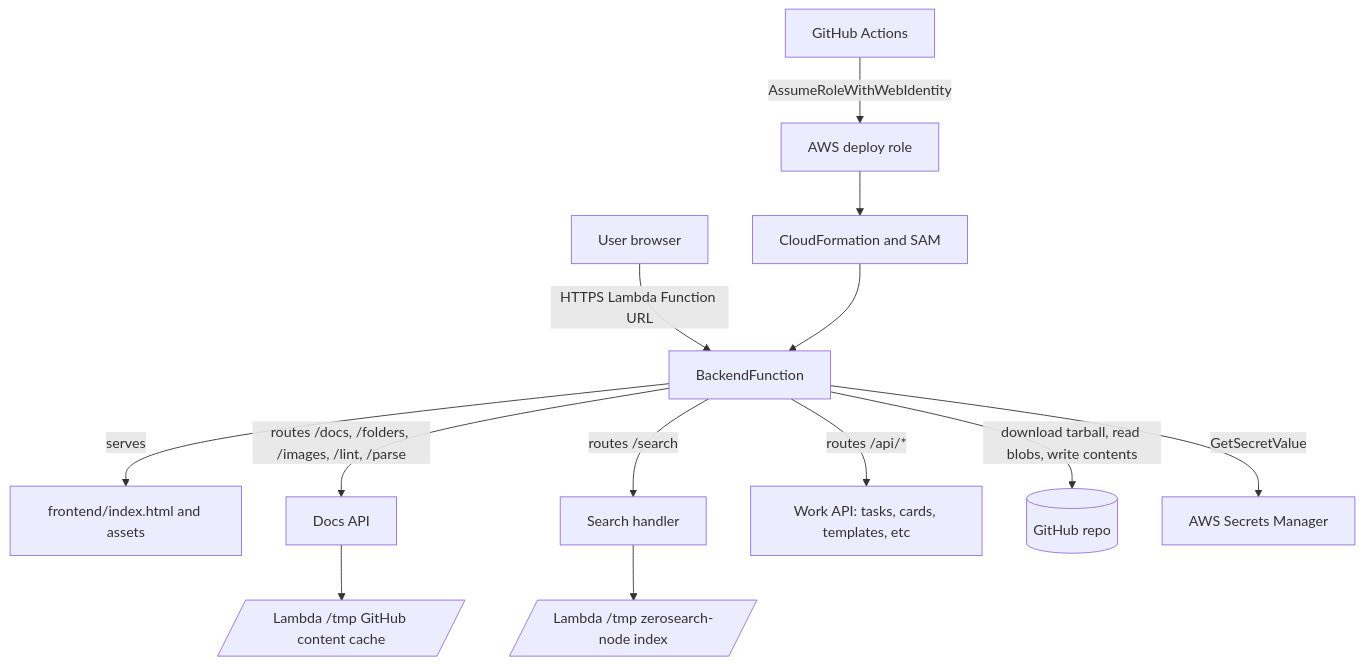
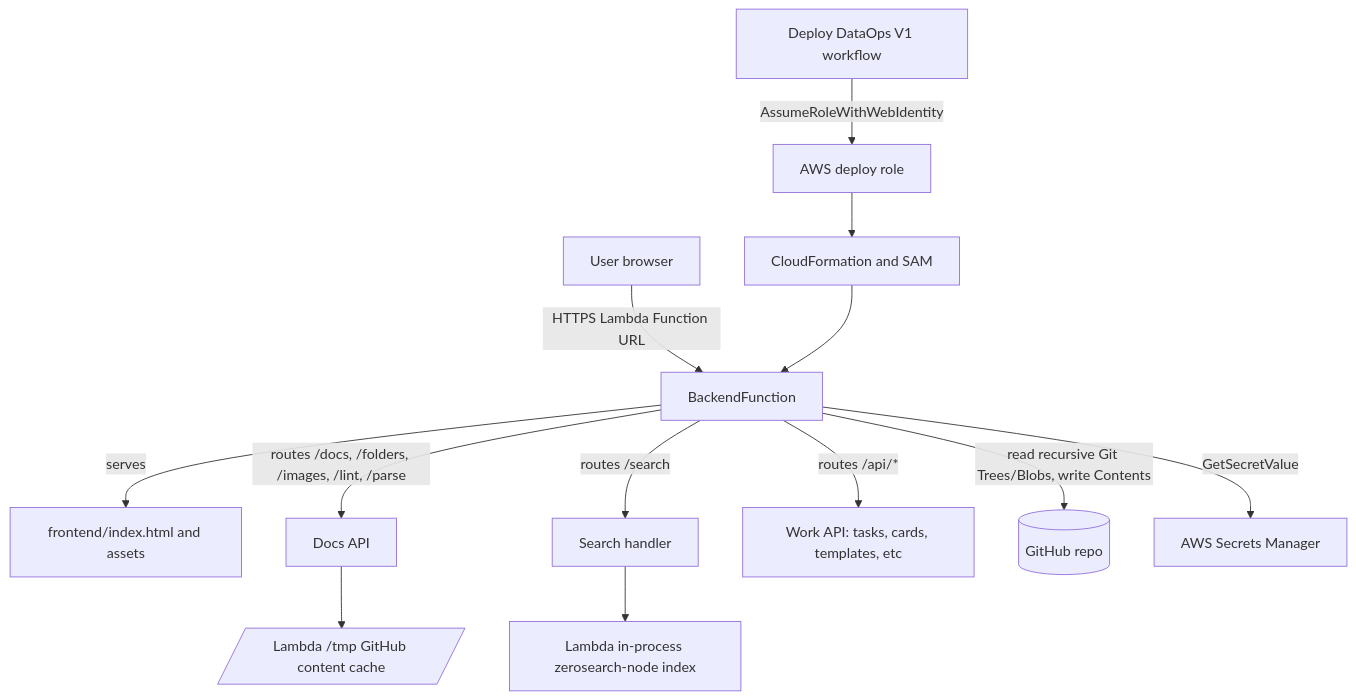
The first of 6 diagrams in docs/architecture.md (DataTalksClub/dataops), drawn with Mermaid before and after one commit. The commit also changed other lines of this file, not shown here.

First line of the commit message:
docs: correct content validation architecture contract

````diff
--- a/docs/architecture.md
+++ b/docs/architecture.md
@@ -32,15 +32,15 @@
 ```mermaid
 flowchart TB
   User[User browser] -->|HTTPS Lambda Function URL| Backend[BackendFunction]
   Backend -->|serves| Frontend[frontend/index.html and assets]
   Backend -->|routes /docs, /folders, /images, /lint, /parse| DocsApi[Docs API]
   Backend -->|routes /search| Search[Search handler]
   Backend -->|routes /api/*| WorkApi[Work API: tasks, cards, templates, etc]
   DocsApi --> Cache[/Lambda /tmp GitHub content cache/]
-  Search --> Index[/Lambda /tmp zerosearch-node index/]
-  Backend -->|download tarball, read blobs, write contents| GitHub[(GitHub repo)]
+  Search --> Index[Lambda in-process zerosearch-node index]
+  Backend -->|read recursive Git Trees/Blobs, write Contents| GitHub[(GitHub repo)]
   Backend -->|GetSecretValue| Secrets[AWS Secrets Manager]
-  Actions[GitHub Actions] -->|AssumeRoleWithWebIdentity| DeployRole[AWS deploy role]
+  DeployWorkflow[Deploy DataOps V1 workflow] -->|AssumeRoleWithWebIdentity| DeployRole[AWS deploy role]
   DeployRole --> CloudFormation[CloudFormation and SAM]
   CloudFormation --> Backend
 ```
````
